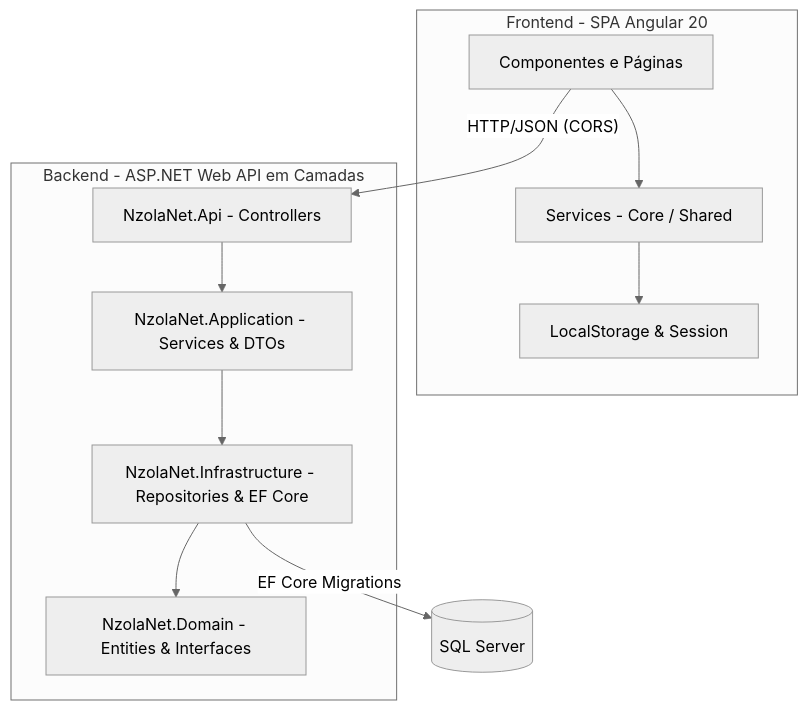
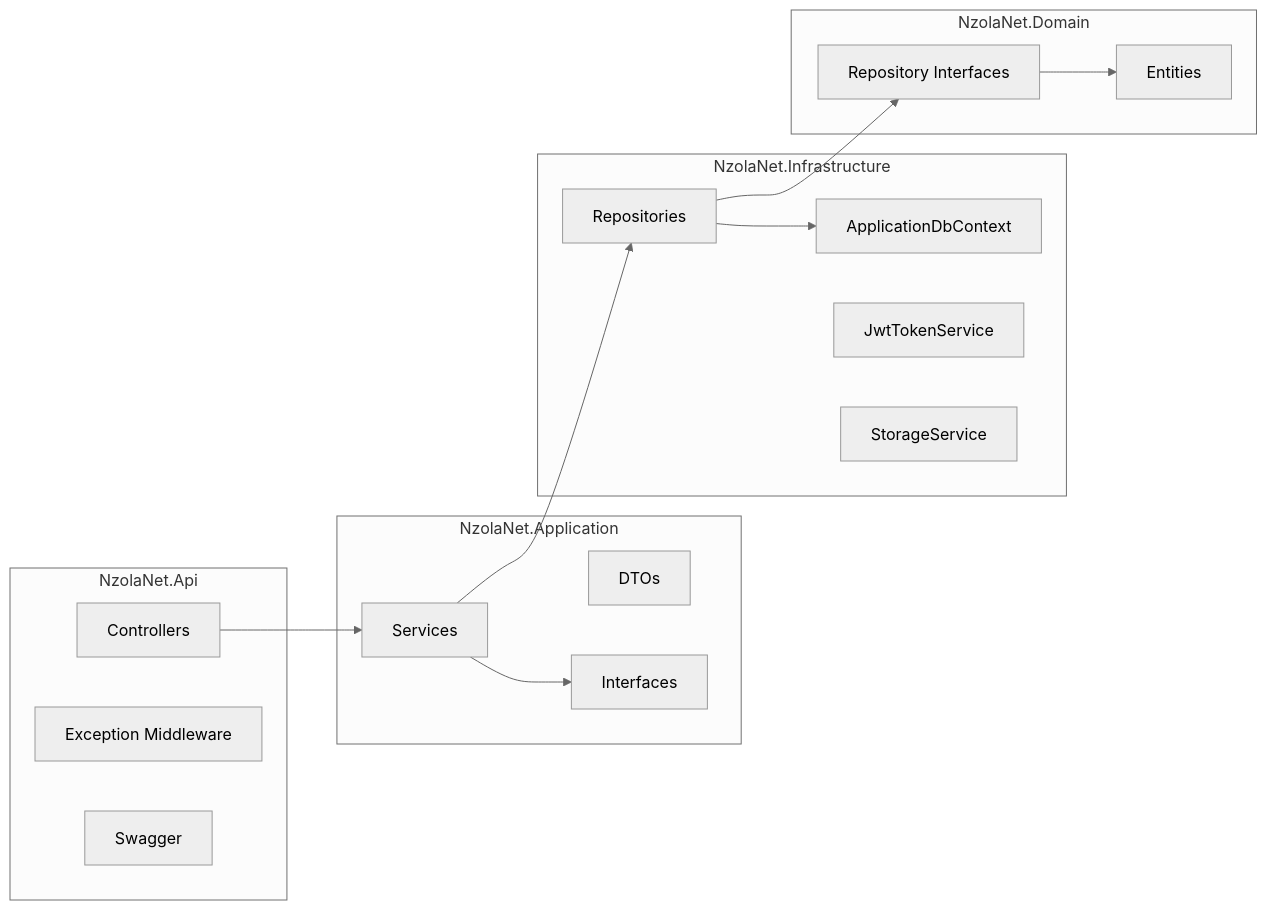
One commit to KazenWilver/nzolanet changed the second of 9 diagrams in README.md. Above: the diagram before and after it, drawn with Mermaid (neutral theme). The commit also changed other lines of this file, not shown here.

````diff
--- a/README.md
+++ b/README.md
@@ -26,16 +140,33 @@
 ```mermaid
-graph TD
-    subgraph Frontend [Frontend - SPA Angular 20]
-        UI[Componentes e Páginas] --> Serv[Services - Core / Shared]
-        Serv --> State[LocalStorage & Session]
+flowchart LR
+    subgraph Api["NzolaNet.Api"]
+        C[Controllers]
+        M[Exception Middleware]
+        S[Swagger]
     end
 
-    subgraph Backend [Backend - ASP.NET Web API em Camadas]
-        API[NzolaNet.Api - Controllers] --> APP[NzolaNet.Application - Services & DTOs]
-        APP --> INFRA[NzolaNet.Infrastructure - Repositories & EF Core]
-        INFRA --> DOM[NzolaNet.Domain - Entities & Interfaces]
+    subgraph Application["NzolaNet.Application"]
+        SV[Services]
+        DTO[DTOs]
+        IF[Interfaces]
     end
 
-    UI -- HTTP/JSON (CORS) --> API
-    INFRA -- EF Core Migrations --> DB[(SQL Server)]
+    subgraph Infrastructure["NzolaNet.Infrastructure"]
+        RP[Repositories]
+        EF[ApplicationDbContext]
+        JWT[JwtTokenService]
+        ST[StorageService]
+    end
+
+    subgraph Domain["NzolaNet.Domain"]
+        EN[Entities]
+        RI[Repository Interfaces]
+    end
+
+    C --> SV
+    SV --> RP
+    RP --> EF
+    SV --> IF
+    RP --> RI
+    RI --> EN
 ```
````
